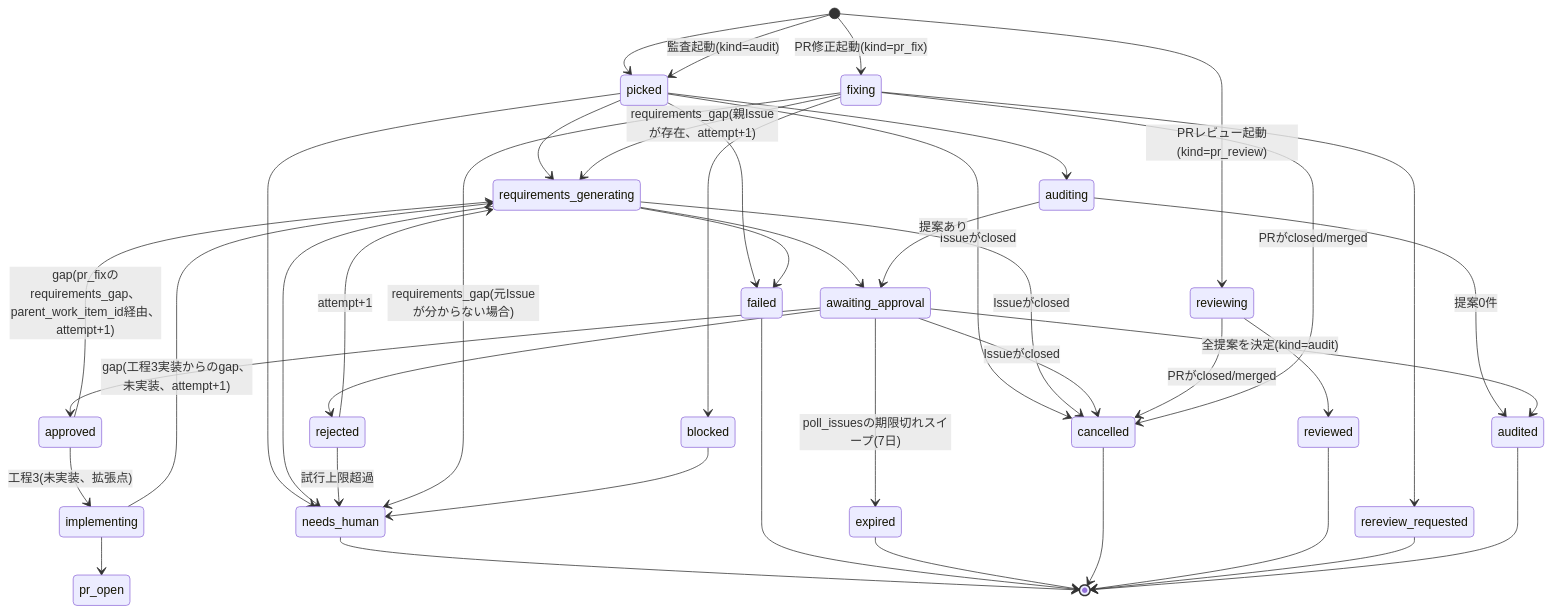
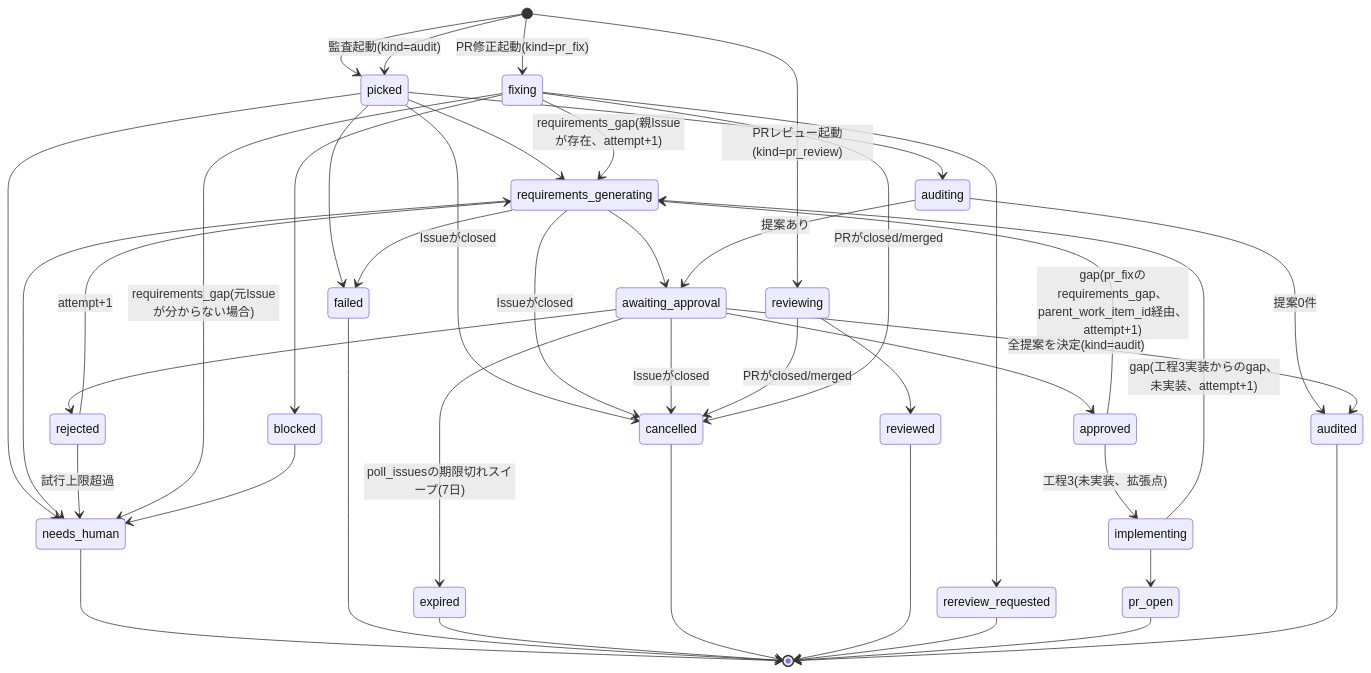
The second of 2 diagrams in docs/architecture.md (u-stem/atelier-works), drawn with Mermaid before and after one commit. The commit also changed other lines of this file, not shown here.

Commit message:
docs: implement_roundsテーブルとpr_open終端をarchitectureに追記する

````diff
--- a/docs/architecture.md
+++ b/docs/architecture.md
@@ -50,44 +50,45 @@
 ```mermaid
 stateDiagram-v2
     [*] --> picked
     picked --> requirements_generating
     requirements_generating --> awaiting_approval
     awaiting_approval --> approved
     awaiting_approval --> rejected
     rejected --> requirements_generating: attempt+1
     awaiting_approval --> expired: poll_issuesの期限切れスイープ(7日)
     picked --> needs_human
     requirements_generating --> needs_human
     rejected --> needs_human: 試行上限超過
     picked --> failed
     requirements_generating --> failed
     picked --> cancelled: Issueがclosed
     requirements_generating --> cancelled: Issueがclosed
     awaiting_approval --> cancelled: Issueがclosed
     approved --> implementing: 工程3(未実装、拡張点)
     implementing --> requirements_generating: gap(工程3実装からのgap、未実装、attempt+1)
     implementing --> pr_open
     approved --> requirements_generating: gap(pr_fixのrequirements_gap、parent_work_item_id経由、attempt+1)
     [*] --> reviewing: PRレビュー起動(kind=pr_review)
     reviewing --> reviewed
     reviewing --> cancelled: PRがclosed/merged
     [*] --> fixing: PR修正起動(kind=pr_fix)
     fixing --> rereview_requested
     fixing --> blocked
     fixing --> requirements_generating: requirements_gap(親Issueが存在、attempt+1)
     fixing --> needs_human: requirements_gap(元Issueが分からない場合)
     fixing --> cancelled: PRがclosed/merged
     blocked --> needs_human
     needs_human --> [*]
     failed --> [*]
     expired --> [*]
     cancelled --> [*]
     reviewed --> [*]
     rereview_requested --> [*]
+    pr_open --> [*]
     [*] --> picked: 監査起動(kind=audit)
     picked --> auditing
     auditing --> awaiting_approval: 提案あり
     auditing --> audited: 提案0件
     awaiting_approval --> audited: 全提案を決定(kind=audit)
     audited --> [*]
 ```
````
